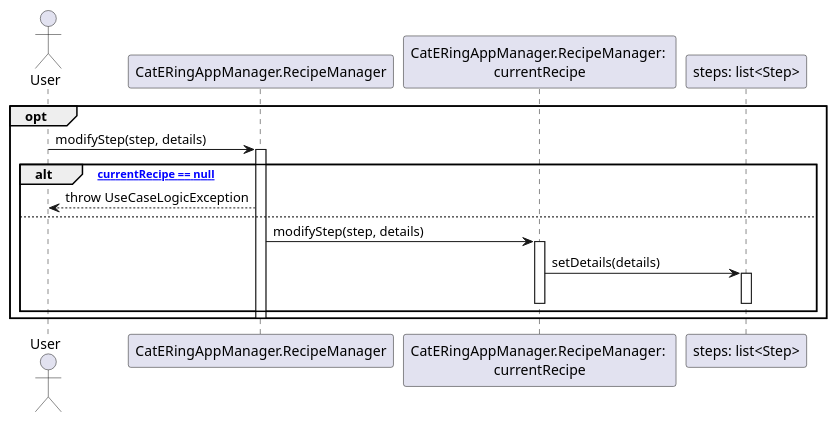
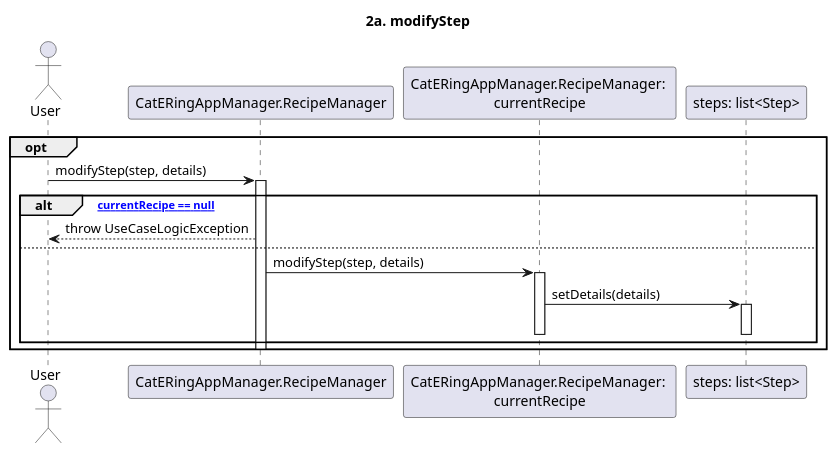
Before and after one commit to m0canu1/sas: the diagram in dsd/dsd-ricette/estensioni/2a-modifyStep.md, drawn with PlantUML. The commit also changed 15 other files, not shown here.

````diff
--- a/dsd/dsd-ricette/estensioni/2a-modifyStep.md
+++ b/dsd/dsd-ricette/estensioni/2a-modifyStep.md
@@ -1,23 +1,26 @@
 ```plantuml
+
+title: 2a. modifyStep
+
 Actor User
 Participant "CatERingAppManager.RecipeManager" as RM 
 Participant "CatERingAppManager.RecipeManager: \ncurrentRecipe" as CR
 Participant "steps: list<Step>" as CS 
 opt
     User -> RM: modifyStep(step, details)
     Activate RM
     alt ["currentRecipe == null"]
         RM --> User: throw UseCaseLogicException
     
     else
         RM -> CR: modifyStep(step, details)
         Activate CR
         
         CR -> CS: setDetails(details)
         Activate CS
         Deactivate CS       
         Deactivate CR    
     end
     Deactivate RM
 end
 ```
````
